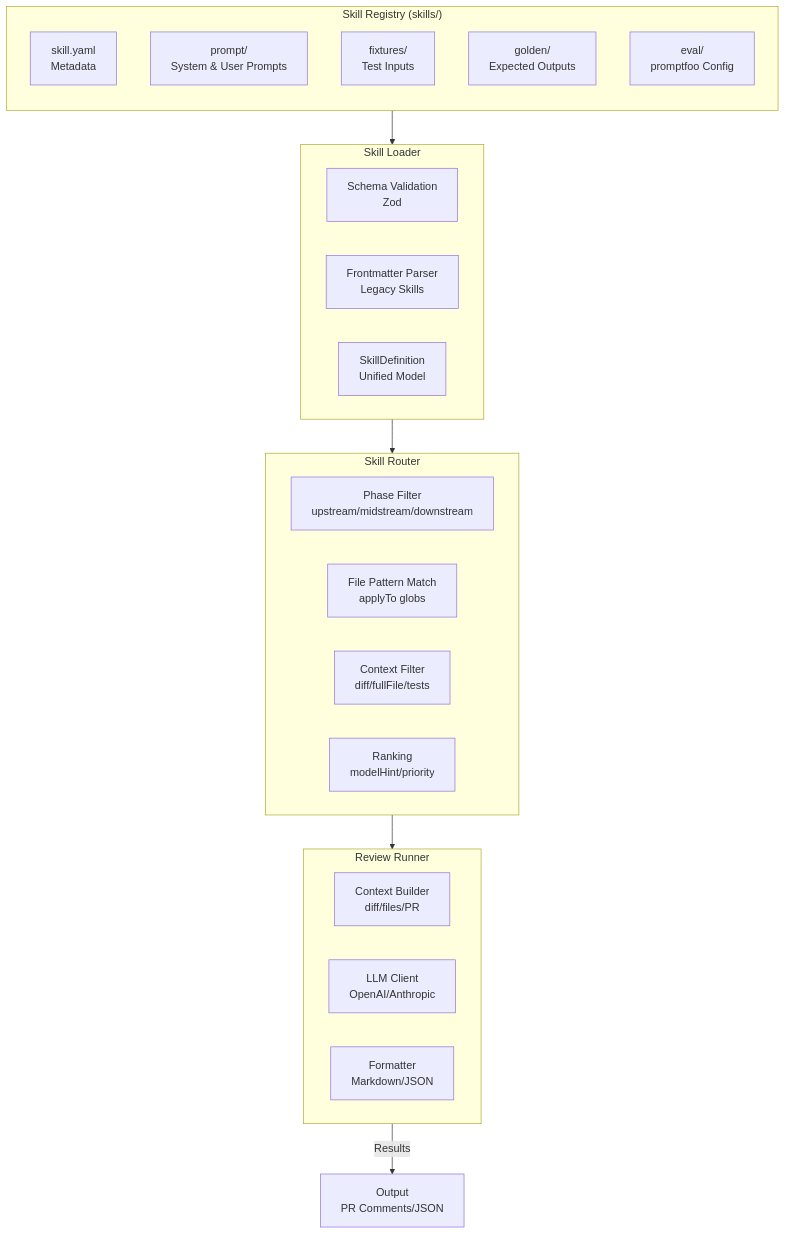
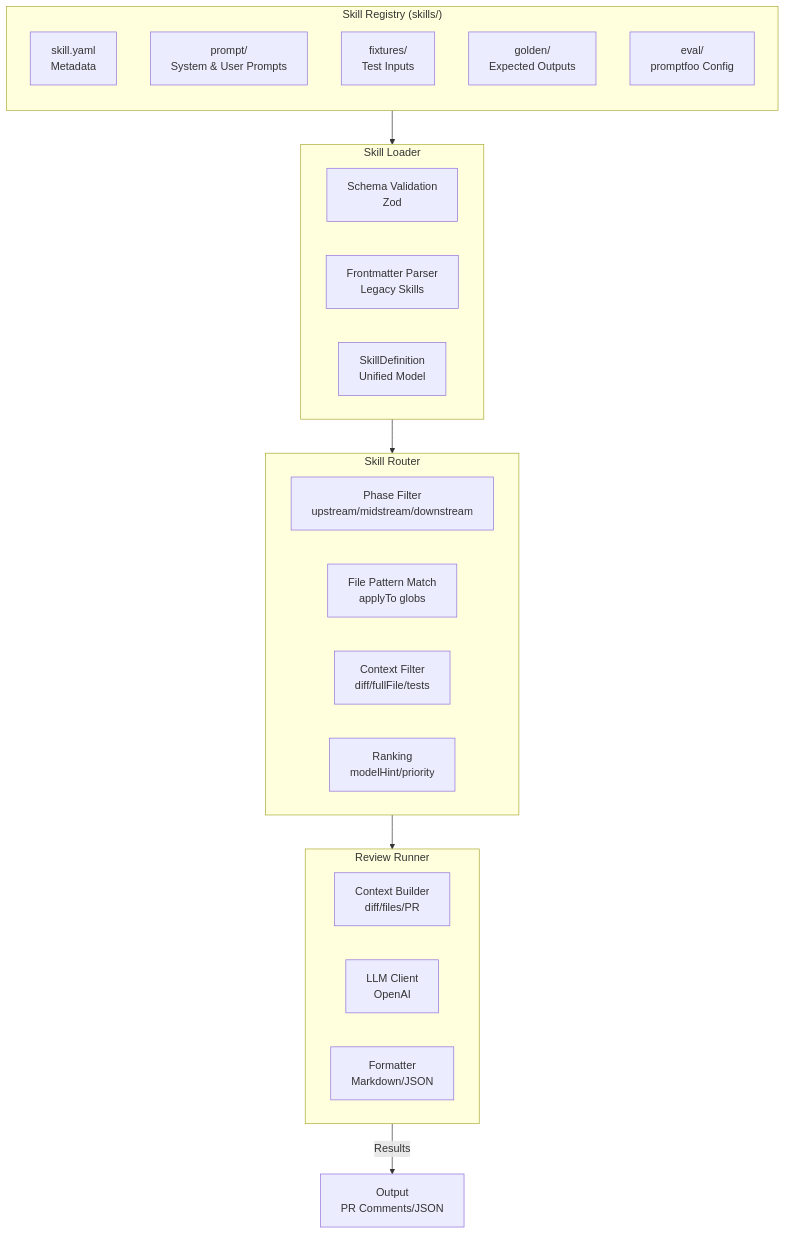
One commit to s977043/river-reviewer changed the diagram in docs/architecture.md. Above: the diagram before and after it, drawn with Mermaid. The commit also changed 1 other file, not shown here.

First paragraph of the commit message:
fix(docs): clarify that review pipeline is OpenAI-only (#490)
* fix(docs): correct LLM provider references to match factory implementation

````diff
--- a/docs/architecture.md
+++ b/docs/architecture.md
@@ -37,35 +37,35 @@
 ```mermaid
 flowchart TB
     subgraph Registry["Skill Registry (skills/)"]
         direction TB
         S1[skill.yaml<br/>Metadata]
         S2[prompt/<br/>System & User Prompts]
         S3[fixtures/<br/>Test Inputs]
         S4[golden/<br/>Expected Outputs]
         S5[eval/<br/>promptfoo Config]
     end
 
     subgraph Loader["Skill Loader"]
         L1[Schema Validation<br/>Zod]
         L2[Frontmatter Parser<br/>Legacy Skills]
         L3[SkillDefinition<br/>Unified Model]
     end
 
     subgraph Router["Skill Router"]
         R1[Phase Filter<br/>upstream/midstream/downstream]
         R2[File Pattern Match<br/>applyTo globs]
         R3[Context Filter<br/>diff/fullFile/tests]
         R4[Ranking<br/>modelHint/priority]
     end
 
     subgraph Runner["Review Runner"]
         RN1[Context Builder<br/>diff/files/PR]
-        RN2[LLM Client<br/>OpenAI/Anthropic]
+        RN2[LLM Client<br/>OpenAI]
         RN3[Formatter<br/>Markdown/JSON]
     end
 
     Registry --> Loader
     Loader --> Router
     Router --> Runner
     Runner -->|Results| OUT[Output<br/>PR Comments/JSON]
 ```
````
